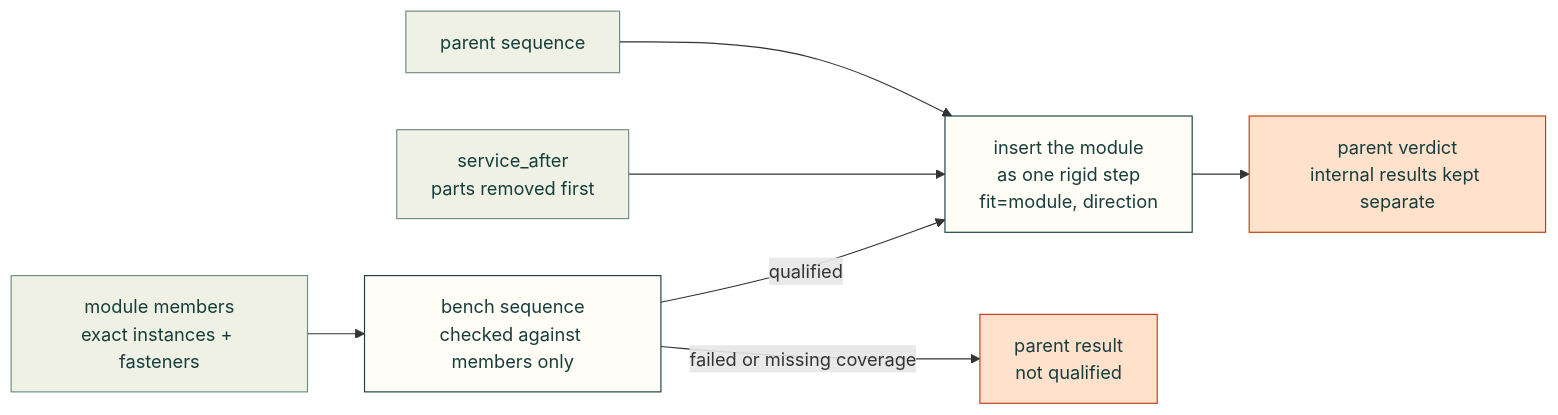
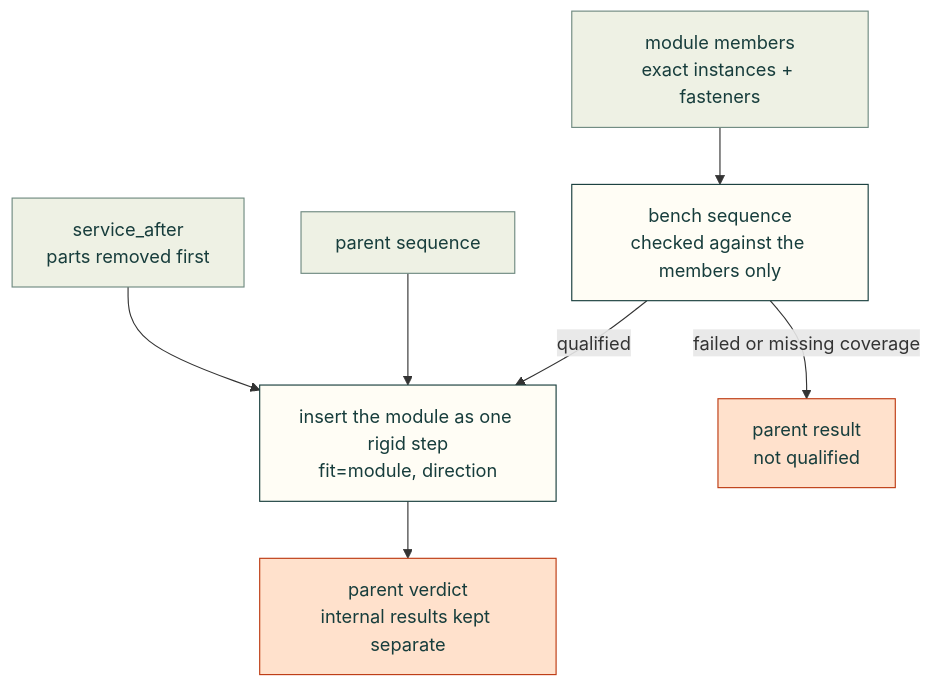
One commit to Valpatel/cad-agent changed the diagram in docs/subassembly-insertion.md. Above: the diagram before and after it, drawn with Mermaid. The commit also changed 14 other files, not shown here.

First line of the commit message:
Docs diagrams: top-down so they fit the article column; chart shows the error's size from zero

````diff
--- a/docs/subassembly-insertion.md
+++ b/docs/subassembly-insertion.md
@@ -5,15 +5,15 @@
 ```mermaid
-flowchart LR
-    M["module members<br/>exact instances + fasteners"] --> Bench["bench sequence<br/>checked against members only"]
-    Bench -->|"qualified"| Ins["insert the module<br/>as one rigid step<br/>fit=module, direction"]
+flowchart TD
+    M["module members<br/>exact instances + fasteners"] --> Bench["bench sequence<br/>checked against the members only"]
+    Bench -->|"qualified"| Ins["insert the module as one rigid step<br/>fit=module, direction"]
     Bench -->|"failed or missing coverage"| X["parent result<br/>not qualified"]
+    Par["parent sequence"] --> Ins
     Svc["service_after<br/>parts removed first"] --> Ins
-    Par["parent sequence"] --> Ins
     Ins --> Out["parent verdict<br/>internal results kept separate"]
     classDef here fill:#fffdf5,stroke:#173d3c,color:#173d3c
     classDef near fill:#eef1e4,stroke:#6f8a80,color:#173d3c
     classDef out fill:#ffe1cc,stroke:#bd3a12,color:#173d3c
     class Bench,Ins here
-    class M,Svc,Par near
+    class M,Par,Svc near
     class X,Out out
 ```
````
